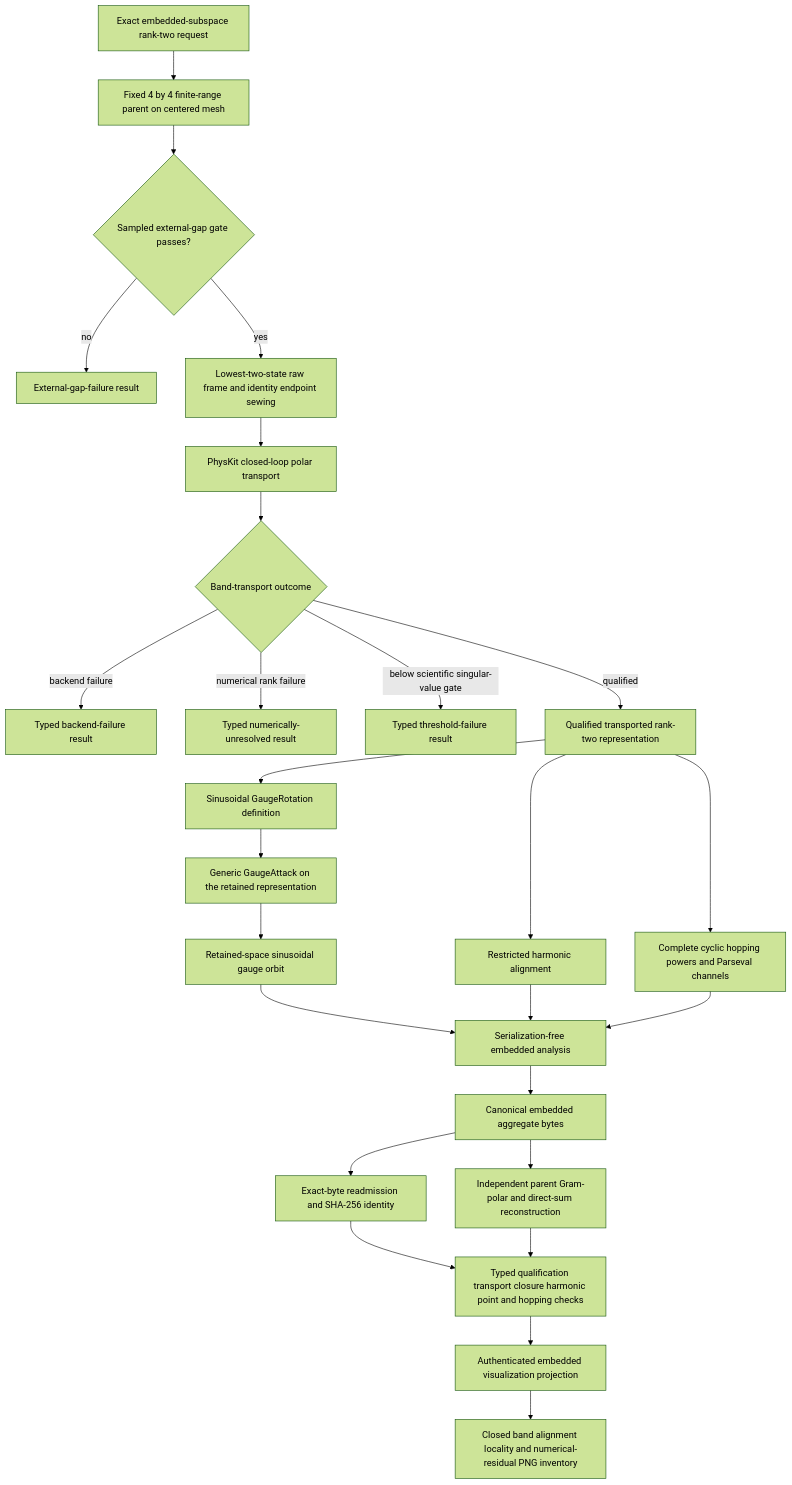
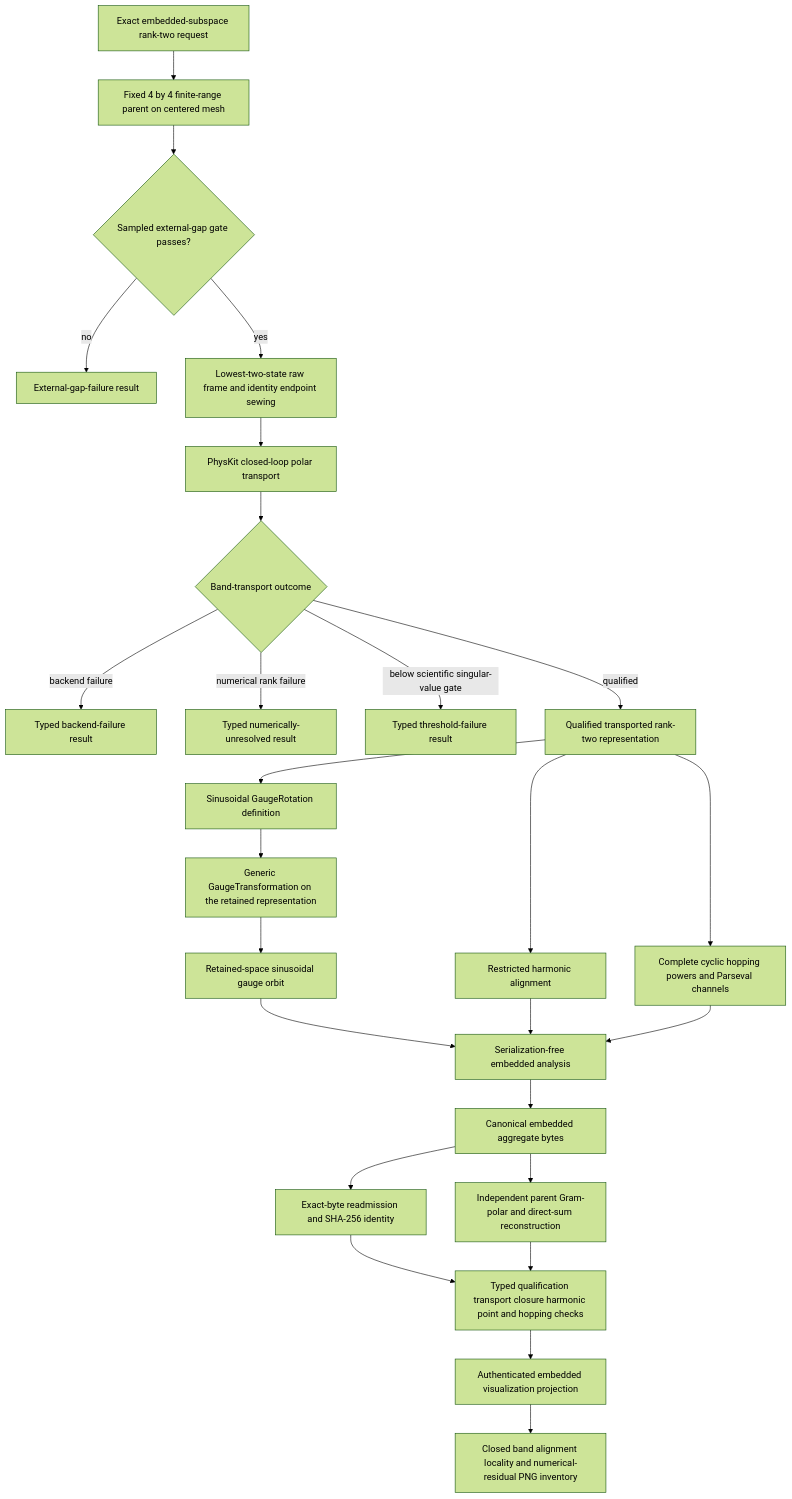
One commit to eragasa/ksdft2effmass changed the third of 7 diagrams in docs/architecture/v3/ksdft2effmass/periodic1d/rank2/band_equivalence_hopping_locality/schematics.md. Above: the diagram before and after it, drawn with Mermaid (forest theme). The commit also changed other lines of this file and 83 other files, not shown here.

````diff
--- a/docs/architecture/v3/ksdft2effmass/periodic1d/rank2/band_equivalence_hopping_locality/schematics.md
+++ b/docs/architecture/v3/ksdft2effmass/periodic1d/rank2/band_equivalence_hopping_locality/schematics.md
@@ -49,28 +49,28 @@
 ```mermaid
 flowchart TD
     R[Exact embedded-subspace rank-two request] --> P[Fixed 4 by 4 finite-range parent on centered mesh]
     P --> G{Sampled external-gap gate passes?}
     G -- no --> GF[External-gap-failure result]
     G -- yes --> F[Lowest-two-state raw frame and identity endpoint sewing]
     F --> T[PhysKit closed-loop polar transport]
     T --> B{Band-transport outcome}
     B -- backend failure --> BF[Typed backend-failure result]
     B -- numerical rank failure --> NF[Typed numerically-unresolved result]
     B -- below scientific singular-value gate --> TF[Typed threshold-failure result]
     B -- qualified --> Q[Qualified transported rank-two representation]
     Q --> GR[Sinusoidal GaugeRotation definition]
-    GR --> GA[Generic GaugeAttack on the retained representation]
+    GR --> GA[Generic GaugeTransformation on the retained representation]
     GA --> O[Retained-space sinusoidal gauge orbit]
     Q --> A[Restricted harmonic alignment]
     Q --> C[Complete cyclic hopping powers and Parseval channels]
     O --> S[Serialization-free embedded analysis]
     A --> S
     C --> S
     S --> CB[Canonical embedded aggregate bytes]
     CB --> CA[Exact-byte readmission and SHA-256 identity]
     CB --> IR[Independent parent Gram-polar and direct-sum reconstruction]
     CA --> V[Typed qualification transport closure harmonic point and hopping checks]
     IR --> V
     V --> VP[Authenticated embedded visualization projection]
     VP --> VI[Closed band alignment locality and numerical-residual PNG inventory]
 ```
````
